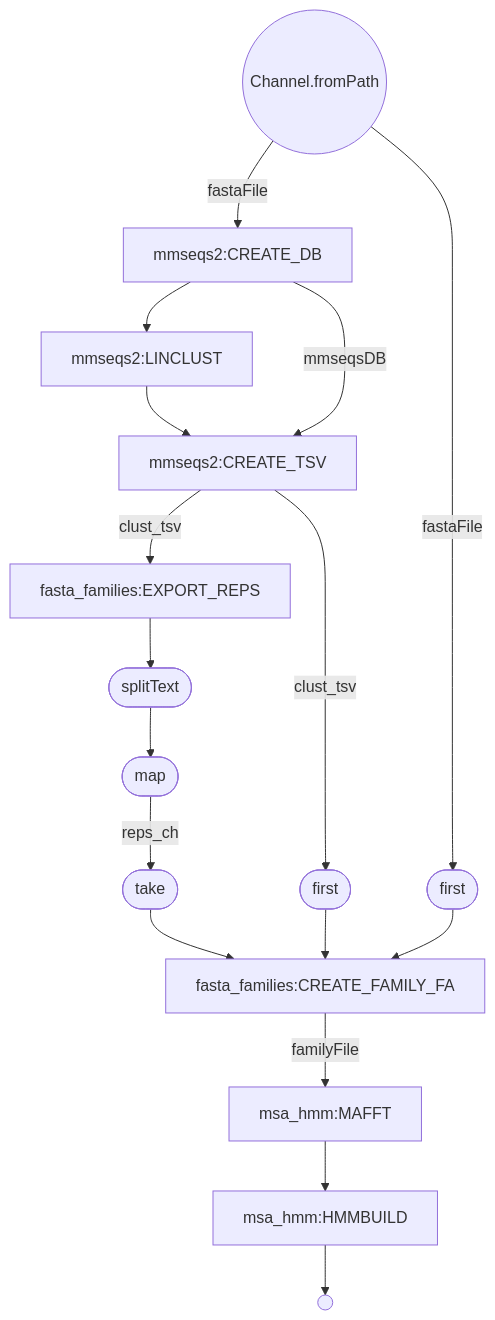
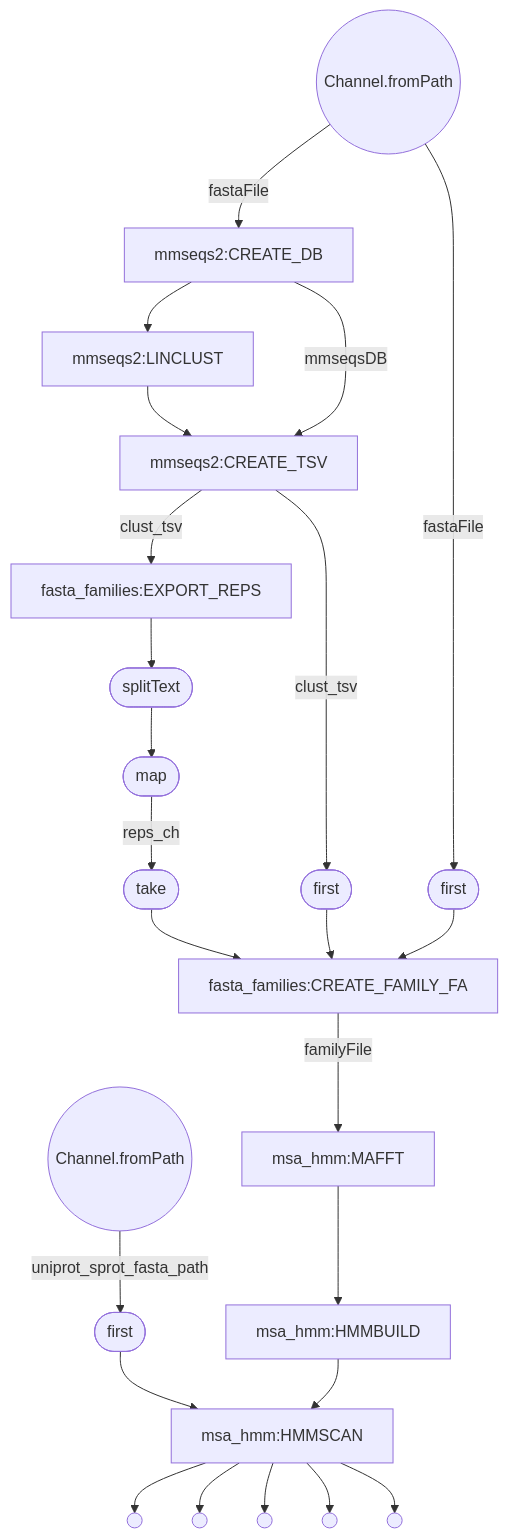
Before and after one commit to EBI-Metagenomics/mgnifams: the diagram in flowchart.mmd, drawn with Mermaid. The commit also changed 6 other files, not shown here.

Commit message:
hmmscan added to msa_hmm subworkflow

```diff
--- a/flowchart.mmd
+++ b/flowchart.mmd
@@ -1,31 +1,45 @@
 flowchart TD
     p0((Channel.fromPath))
-    p1[mmseqs2:CREATE_DB]
-    p2[mmseqs2:LINCLUST]
-    p3[mmseqs2:CREATE_TSV]
-    p4[fasta_families:EXPORT_REPS]
-    p5([splitText])
-    p6([map])
-    p7([first])
+    p1((Channel.fromPath))
+    p2[mmseqs2:CREATE_DB]
+    p3[mmseqs2:LINCLUST]
+    p4[mmseqs2:CREATE_TSV]
+    p5[fasta_families:EXPORT_REPS]
+    p6([splitText])
+    p7([map])
     p8([first])
-    p9([take])
-    p10[fasta_families:CREATE_FAMILY_FA]
-    p11[msa_hmm:MAFFT]
-    p12[msa_hmm:HMMBUILD]
-    p13(( ))
-    p0 -->|fastaFile| p1
-    p1 --> p2
+    p9([first])
+    p10([take])
+    p11[fasta_families:CREATE_FAMILY_FA]
+    p12[msa_hmm:MAFFT]
+    p13[msa_hmm:HMMBUILD]
+    p14([first])
+    p15[msa_hmm:HMMSCAN]
+    p16(( ))
+    p17(( ))
+    p18(( ))
+    p19(( ))
+    p20(( ))
+    p0 -->|fastaFile| p2
+    p1 -->|uniprot_sprot_fasta_path| p14
     p2 --> p3
-    p1 -->|mmseqsDB| p3
-    p3 -->|clust_tsv| p4
-    p4 --> p5
+    p3 --> p4
+    p2 -->|mmseqsDB| p4
+    p4 -->|clust_tsv| p5
     p5 --> p6
-    p6 -->|reps_ch| p9
-    p3 -->|clust_tsv| p7
-    p7 --> p10
-    p0 -->|fastaFile| p8
-    p8 --> p10
-    p9 --> p10
-    p10 -->|familyFile| p11
-    p11 --> p12
+    p6 --> p7
+    p7 -->|reps_ch| p10
+    p4 -->|clust_tsv| p8
+    p8 --> p11
+    p0 -->|fastaFile| p9
+    p9 --> p11
+    p10 --> p11
+    p11 -->|familyFile| p12
     p12 --> p13
+    p13 --> p15
+    p14 --> p15
+    p15 --> p20
+    p15 --> p19
+    p15 --> p18
+    p15 --> p17
+    p15 --> p16
```
